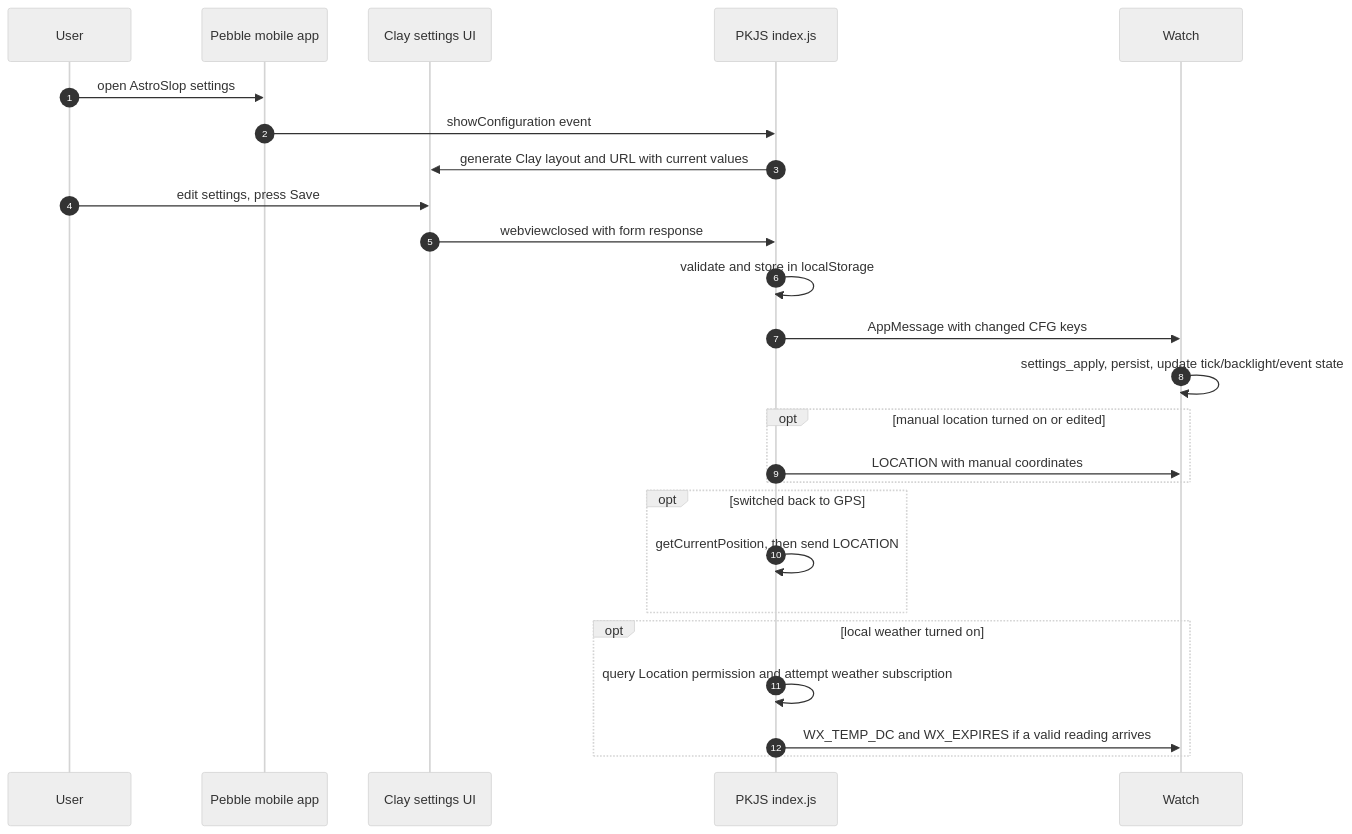
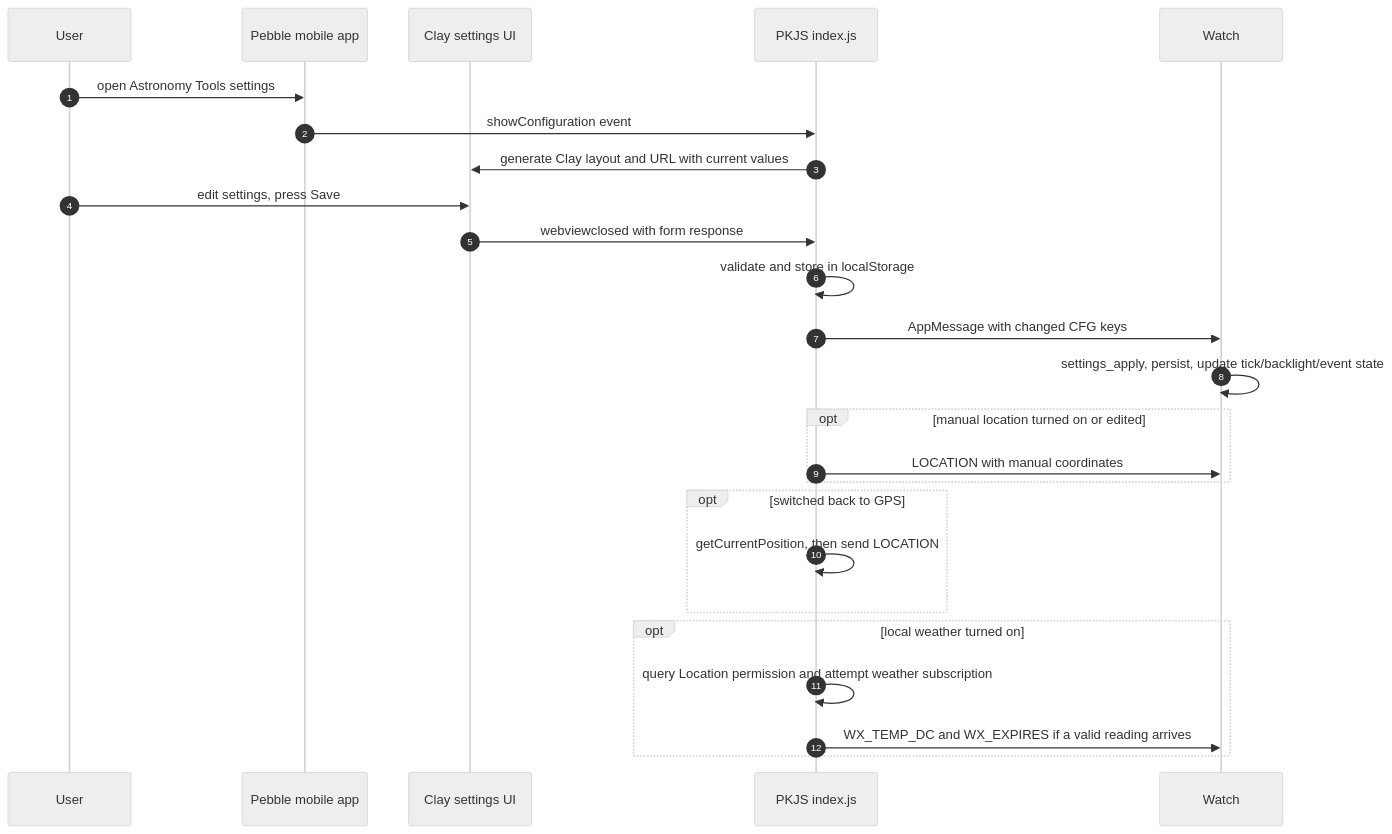
Before and after one commit to ewsandor/AstroSlop: the seventh of 10 diagrams in docs/DESIGN.md, drawn with Mermaid (neutral theme). The commit also changed other lines of this file and 5 other files, not shown here.

Commit message:
Rebrand user-visible app name to Astronomy Tools

````diff
--- a/docs/DESIGN.md
+++ b/docs/DESIGN.md
@@ -627,28 +627,28 @@
 ```mermaid
 sequenceDiagram
     autonumber
     participant User
     participant PhoneApp as Pebble mobile app
     participant Page as Clay settings UI
     participant PKJS as PKJS index.js
     participant Watch
 
-    User->>PhoneApp: open AstroSlop settings
+    User->>PhoneApp: open Astronomy Tools settings
     PhoneApp->>PKJS: showConfiguration event
     PKJS->>Page: generate Clay layout and URL with current values
     User->>Page: edit settings, press Save
     Page->>PKJS: webviewclosed with form response
     PKJS->>PKJS: validate and store in localStorage
     PKJS->>Watch: AppMessage with changed CFG keys
     Watch->>Watch: settings_apply, persist, update tick/backlight/event state
     opt manual location turned on or edited
         PKJS->>Watch: LOCATION with manual coordinates
     end
     opt switched back to GPS
         PKJS->>PKJS: getCurrentPosition, then send LOCATION
     end
     opt local weather turned on
         PKJS->>PKJS: query Location permission and attempt weather subscription
         PKJS->>Watch: WX_TEMP_DC and WX_EXPIRES if a valid reading arrives
     end
 ```
````
